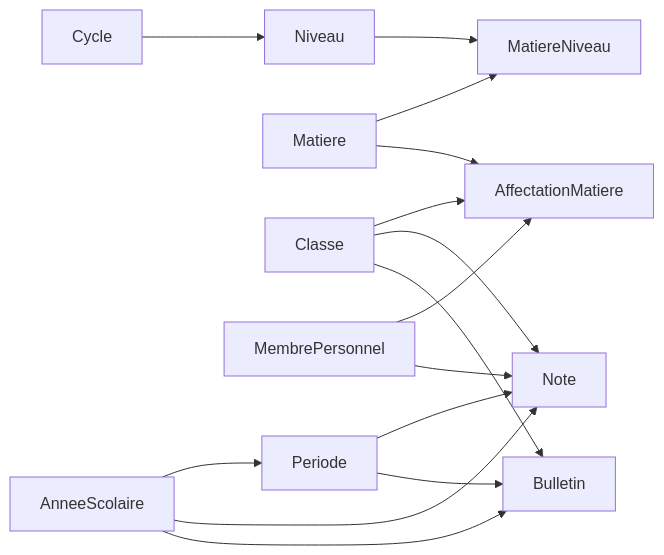
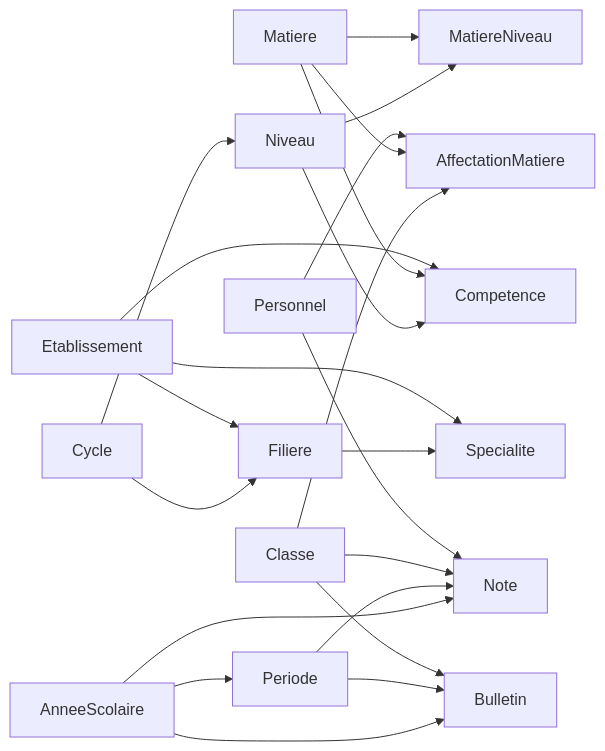
The sixth of 6 diagrams in .qoder/repowiki/en/content/Database Schema & Data Model/Academic Entities.md (franckylab/eLISAschool), drawn with Mermaid before and after one commit. The commit also changed other lines of this file and 281 other files, not shown here.

````diff
--- a/.qoder/repowiki/en/content/Database Schema & Data Model/Academic Entities.md
+++ b/.qoder/repowiki/en/content/Database Schema & Data Model/Academic Entities.md
@@ -585,17 +551,24 @@
 ```mermaid
 graph LR
 CY["Cycle"] --> NV["Niveau"]
 NV --> MN["MatiereNiveau"]
 MAT["Matiere"] --> MN
 CL["Classe"] --> AM["AffectationMatiere"]
 MAT --> AM
-PP["MembrePersonnel"] --> AM
+PP["Personnel"] --> AM
 AN["AnneeScolaire"] --> PE["Periode"]
 AN --> NO["Note"]
 AN --> BU["Bulletin"]
 PE --> NO
 PE --> BU
 CL --> NO
 CL --> BU
 PP --> NO
+CY --> FL["Filiere"]
+ET["Etablissement"] --> FL
+FL --> SP["Specialite"]
+ET --> SP
+NV --> CO["Competence"]
+MAT --> CO
+ET --> CO
 ```
````
